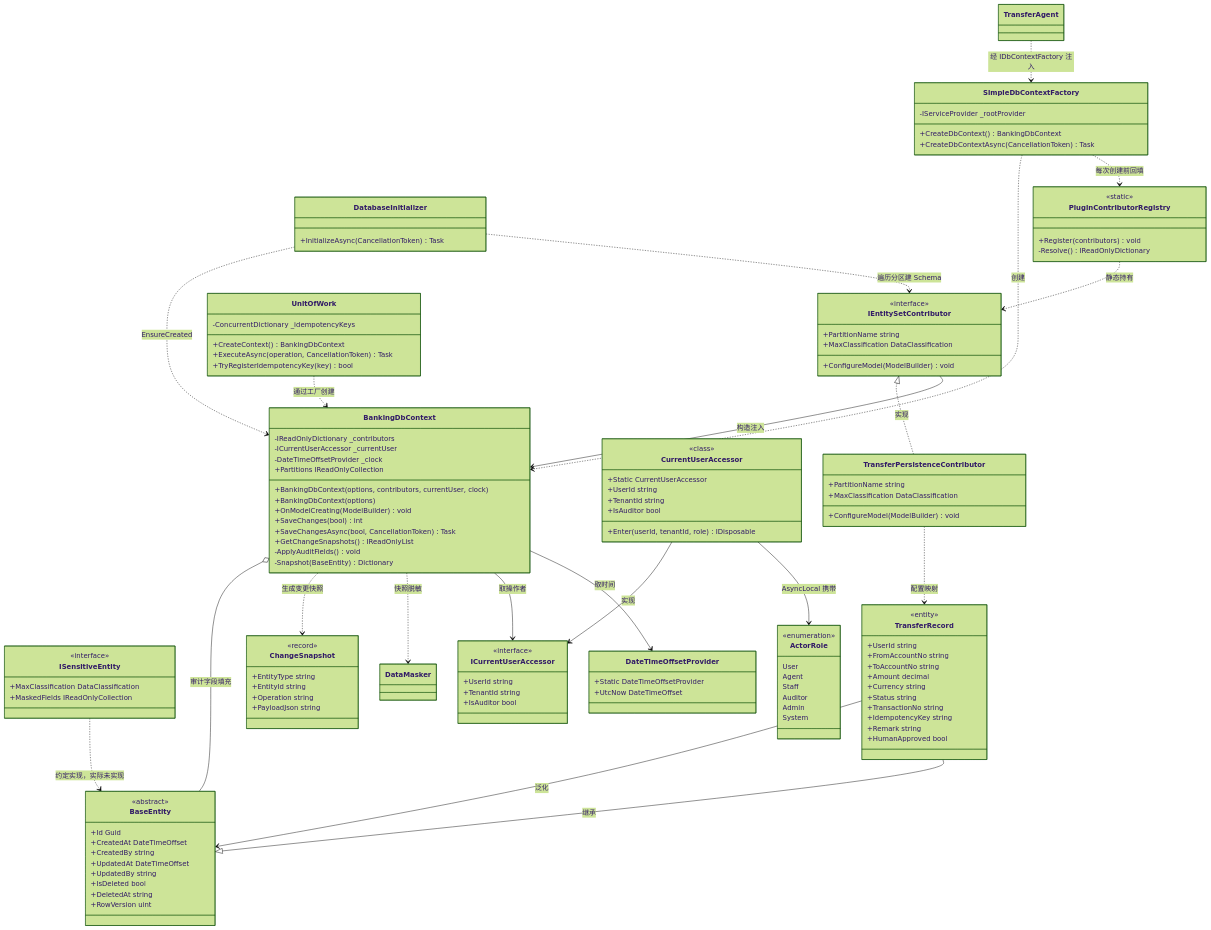
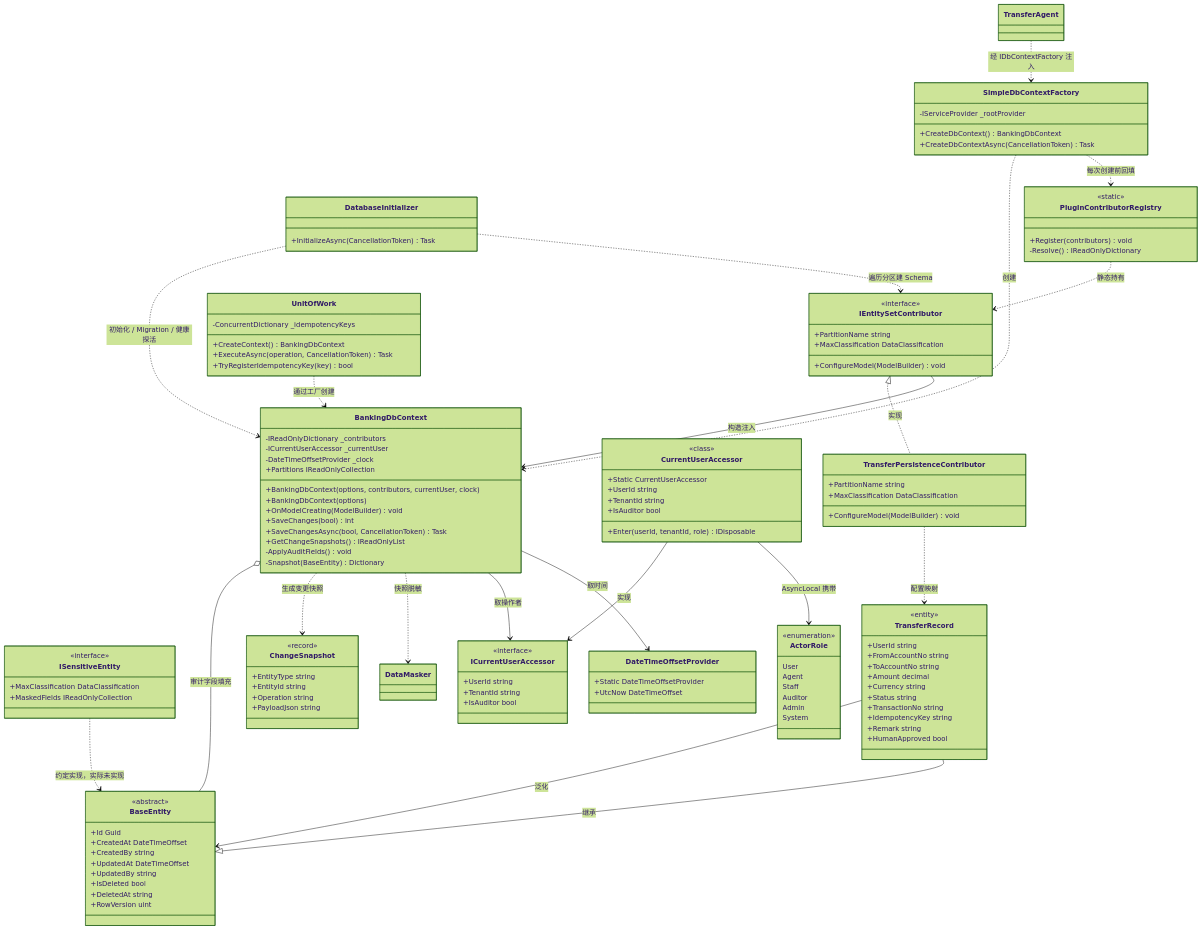
Before and after one commit to seevwis43825/ATM: the seventh of 12 diagrams in docs/09-uml/01-uml-diagrams.md, drawn with Mermaid (forest theme). The commit also changed other lines of this file and 10 other files, not shown here.

````diff
--- a/docs/09-uml/01-uml-diagrams.md
+++ b/docs/09-uml/01-uml-diagrams.md
@@ -1105,7 +1130,7 @@
     SimpleDbContextFactory ..> PluginContributorRegistry : 每次创建前回填
     PluginContributorRegistry ..> IEntitySetContributor : 静态持有
     UnitOfWork ..> BankingDbContext : 通过工厂创建
-    DatabaseInitializer ..> BankingDbContext : EnsureCreated
+    DatabaseInitializer ..> BankingDbContext : 初始化 / Migration / 健康探活
     DatabaseInitializer ..> IEntitySetContributor : 遍历分区建 Schema
     TransferAgent ..> SimpleDbContextFactory : 经 IDbContextFactory 注入
 ```
````
